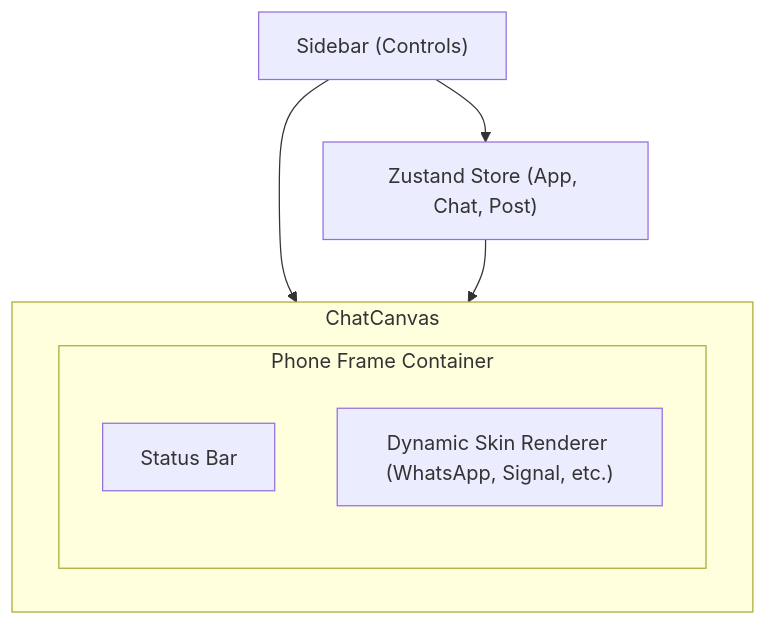
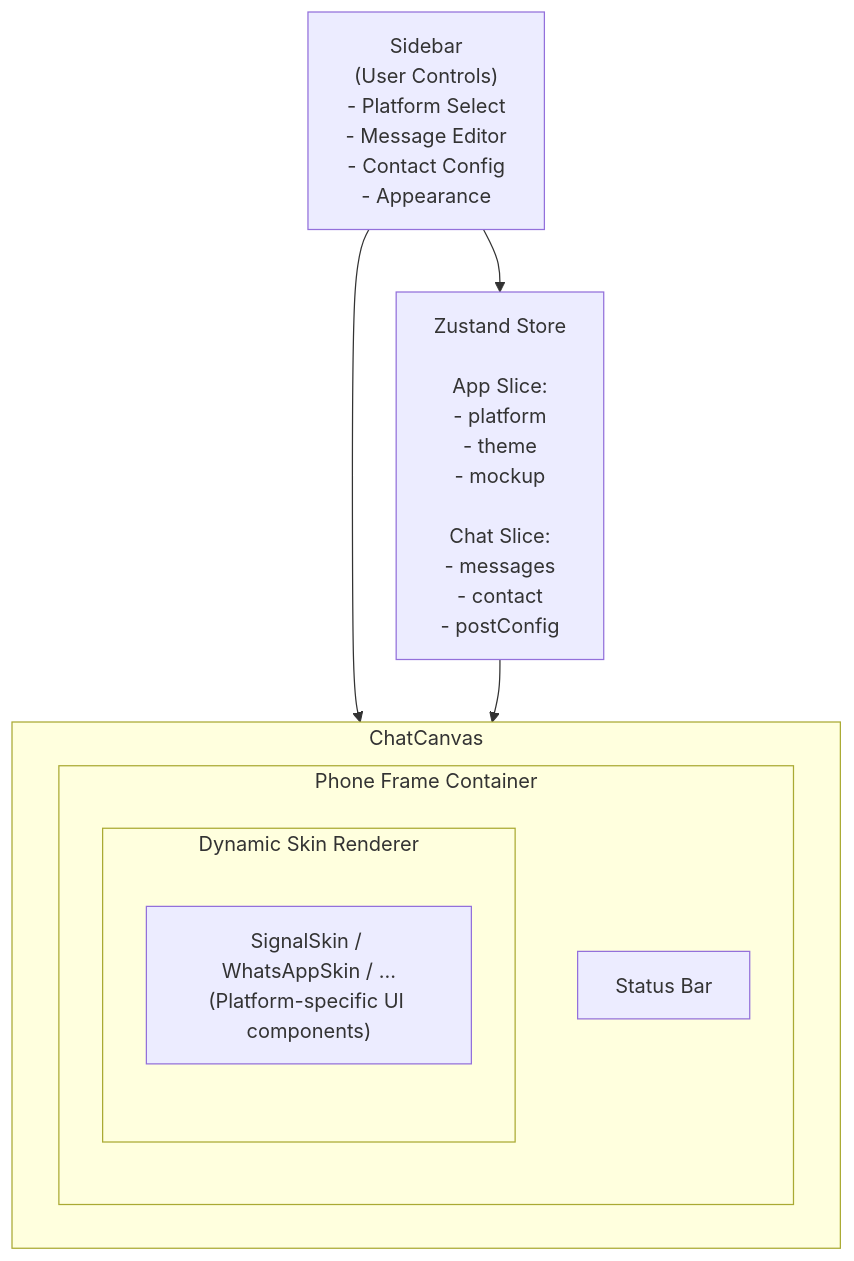
One commit to ashishguleria04/MockSocial changed the diagram in README.md. Above: the diagram before and after it, drawn with Mermaid. The commit also changed other lines of this file, not shown here.

Commit message:
docs: rewrite README to improve clarity, detail key features, and document project architecture

````diff
--- a/README.md
+++ b/README.md
@@ -49,12 +56,21 @@
 ```mermaid
 graph TD
-    Sidebar["Sidebar (Controls)"] --> Zustand["Zustand Store (App, Chat, Post)"]
+    %% Application Layer
+    Sidebar["Sidebar\n(User Controls)\n- Platform Select\n- Message Editor\n- Contact Config\n- Appearance"]
+    Zustand["Zustand Store\n\nApp Slice:\n- platform\n- theme\n- mockup\n\nChat Slice:\n- messages\n- contact\n- postConfig"]
+
+    Sidebar --> Zustand
+
+    %% ChatCanvas
     subgraph ChatCanvas["ChatCanvas"]
         subgraph PhoneFrame["Phone Frame Container"]
             StatusBar["Status Bar"]
-            Skin["Dynamic Skin Renderer (WhatsApp, Signal, etc.)"]
+            subgraph SkinRenderer["Dynamic Skin Renderer"]
+                Skin["SignalSkin / WhatsAppSkin / ...\n(Platform-specific UI components)"]
+            end
         end
     end
+
     Sidebar --> ChatCanvas
     Zustand --> ChatCanvas
 ```
````
